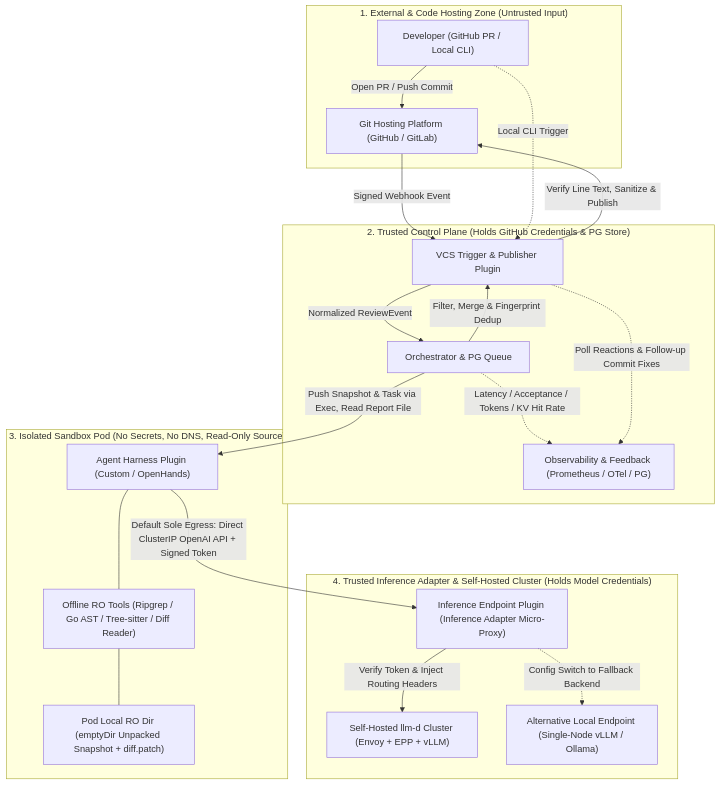
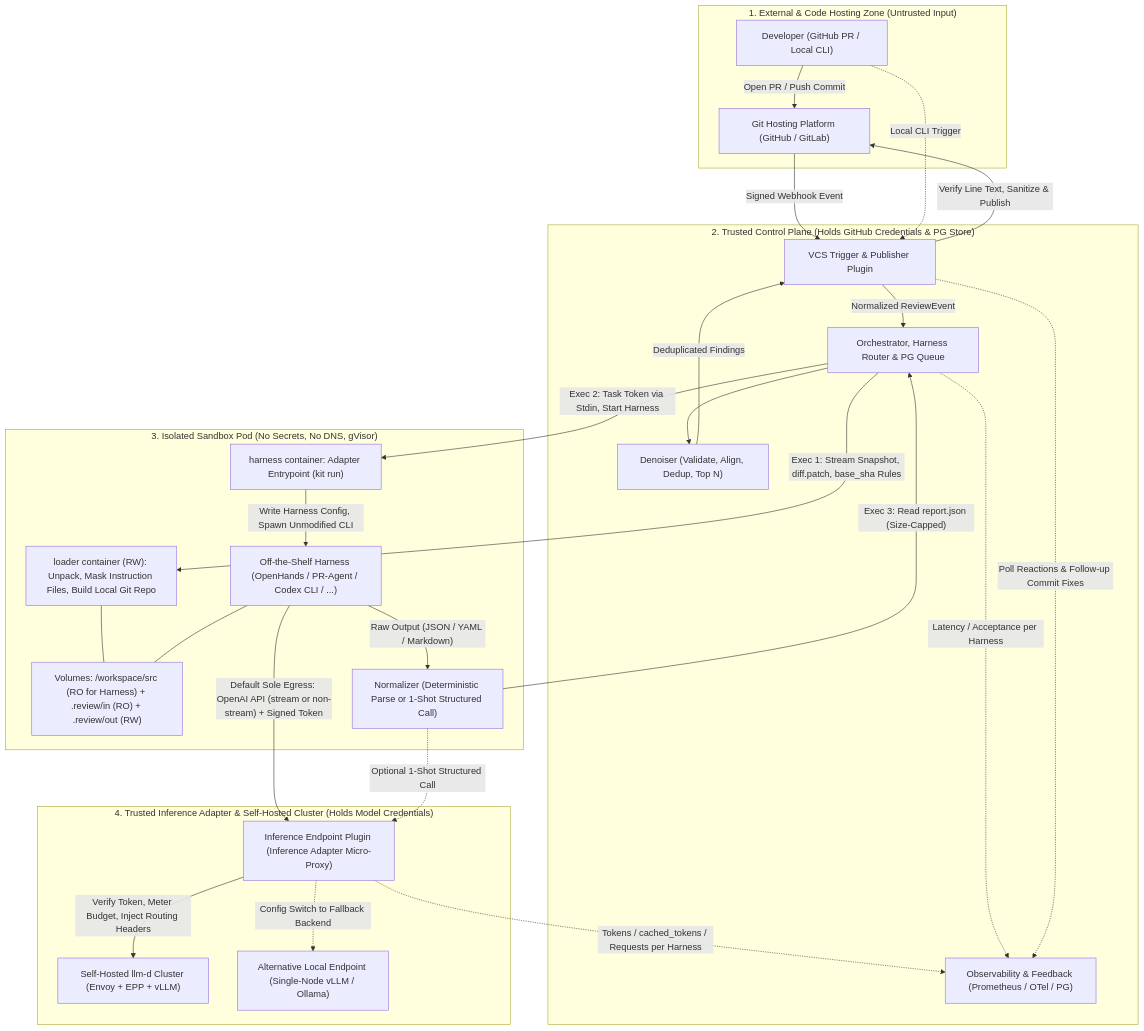
One commit to zetxqx/review-agent-infra changed the first of 5 diagrams in docs/design/hld.md. Above: the diagram before and after it, drawn with Mermaid. The commit also changed other lines of this file and 7 other files, not shown here.

Commit message:
Redesign the platform as a Python stack with pluggable adapters around existing agent harnesses and a streaming inference adapter.

````diff
--- a/docs/design/hld.md
+++ b/docs/design/hld.md
@@ -26,40 +39,50 @@
 ```mermaid
 flowchart TB
     subgraph SG_EXT ["1. External & Code Hosting Zone (Untrusted Input)"]
         Dev["Developer (GitHub PR / Local CLI)"]
         GitHost["Git Hosting Platform (GitHub / GitLab)"]
     end
 
     subgraph SG_CTRL ["2. Trusted Control Plane (Holds GitHub Credentials & PG Store)"]
         VCS["VCS Trigger & Publisher Plugin"]
-        Orch["Orchestrator & PG Queue"]
+        Orch["Orchestrator, Harness Router & PG Queue"]
+        Denoise["Denoiser (Validate, Align, Dedup, Top N)"]
         Obs["Observability & Feedback (Prometheus / OTel / PG)"]
     end
 
-    subgraph SG_SANDBOX ["3. Isolated Sandbox Pod (No Secrets, No DNS, Read-Only Source)"]
-        Workspace["Pod Local RO Dir (emptyDir Unpacked Snapshot + diff.patch)"]
-        Tools["Offline RO Tools (Ripgrep / Go AST / Tree-sitter / Diff Reader)"]
-        Harness["Agent Harness Plugin (Custom / OpenHands)"]
+    subgraph SG_SANDBOX ["3. Isolated Sandbox Pod (No Secrets, No DNS, gVisor)"]
+        Loader["loader container (RW): Unpack, Mask Instruction Files, Build Local Git Repo"]
+        Workspace["Volumes: /workspace/src (RO for Harness) + .review/in (RO) + .review/out (RW)"]
+        Entry["harness container: Adapter Entrypoint (kit run)"]
+        Harness["Off-the-Shelf Harness (OpenHands / PR-Agent / Codex CLI / ...)"]
+        Norm["Normalizer (Deterministic Parse or 1-Shot Structured Call)"]
     end
 
     subgraph SG_INFER ["4. Trusted Inference Adapter & Self-Hosted Cluster (Holds Model Credentials)"]
         Infer["Inference Endpoint Plugin (Inference Adapter Micro-Proxy)"]
         LLMD["Self-Hosted llm-d Cluster (Envoy + EPP + vLLM)"]
         LocalLLM["Alternative Local Endpoint (Single-Node vLLM / Ollama)"]
     end
 
     Dev -->|"Open PR / Push Commit"| GitHost
     GitHost -->|"Signed Webhook Event"| VCS
     Dev -.->|"Local CLI Trigger"| VCS
     VCS -->|"Normalized ReviewEvent"| Orch
-    Orch -->|"Push Snapshot & Task via Exec, Read Report File"| Harness
-    Harness --- Tools
-    Tools --- Workspace
-    Harness -->|"Default Sole Egress: Direct ClusterIP OpenAI API + Signed Token"| Infer
-    Infer -->|"Verify Token & Inject Routing Headers"| LLMD
+    Orch -->|"Exec 1: Stream Snapshot, diff.patch, base_sha Rules"| Loader
+    Loader --- Workspace
+    Orch -->|"Exec 2: Task Token via Stdin, Start Harness"| Entry
+    Entry -->|"Write Harness Config, Spawn Unmodified CLI"| Harness
+    Harness --- Workspace
+    Harness -->|"Raw Output (JSON / YAML / Markdown)"| Norm
+    Norm -->|"Exec 3: Read report.json (Size-Capped)"| Orch
+    Harness -->|"Default Sole Egress: OpenAI API (stream or non-stream) + Signed Token"| Infer
+    Norm -.->|"Optional 1-Shot Structured Call"| Infer
+    Infer -->|"Verify Token, Meter Budget, Inject Routing Headers"| LLMD
     Infer -.->|"Config Switch to Fallback Backend"| LocalLLM
-    Orch -->|"Filter, Merge & Fingerprint Dedup"| VCS
+    Orch --> Denoise
+    Denoise -->|"Deduplicated Findings"| VCS
     VCS -->|"Verify Line Text, Sanitize & Publish"| GitHost
-    Orch -.->|"Latency / Acceptance / Tokens / KV Hit Rate"| Obs
+    Infer -.->|"Tokens / cached_tokens / Requests per Harness"| Obs
+    Orch -.->|"Latency / Acceptance per Harness"| Obs
     VCS -.->|"Poll Reactions & Follow-up Commit Fixes"| Obs
 ```
````
